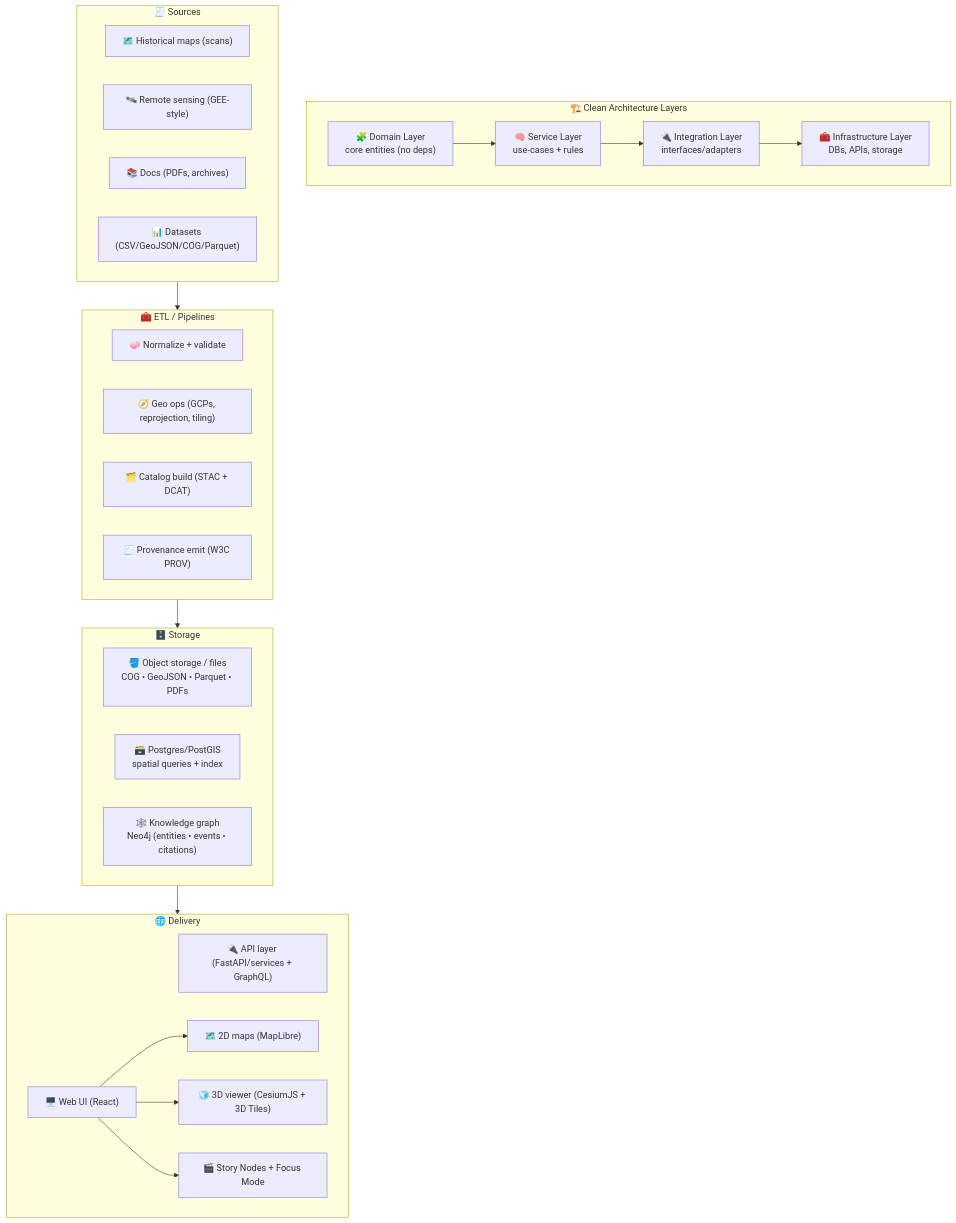
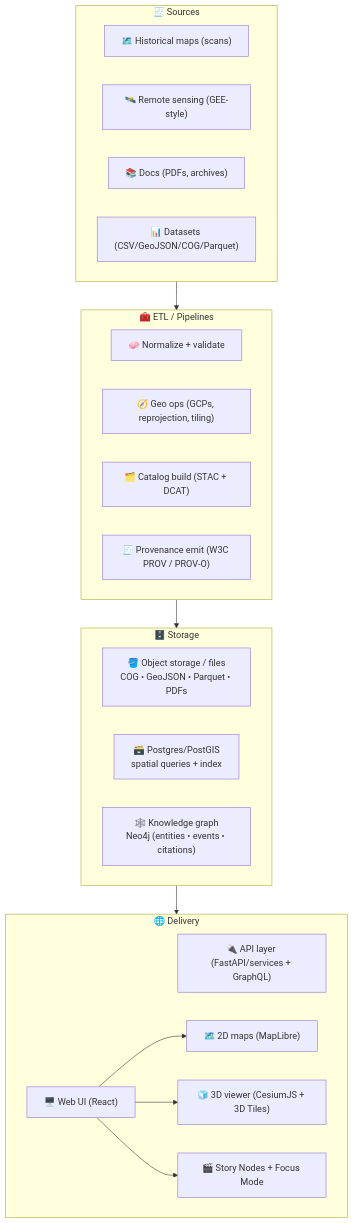
Before and after one commit to bartytime4life/Kansas-Frontier-Matrix: the fourth of 5 diagrams in README.md, drawn with Mermaid. The commit also changed other lines of this file, not shown here.

````diff
--- a/README.md
+++ b/README.md
@@ -183,43 +253,35 @@
 ```mermaid
 flowchart TB
-  subgraph Layers["🏗️ Clean Architecture Layers"]
-    DL["🧩 Domain Layer<br/>core entities (no deps)"]
-    SL["🧠 Service Layer<br/>use-cases + rules"]
-    IL["🔌 Integration Layer<br/>interfaces/adapters"]
-    INFL["🧰 Infrastructure Layer<br/>DBs, APIs, storage"]
-    DL --> SL --> IL --> INFL
-  end
-
   subgraph Sources["🧾 Sources"]
     A["🗺️ Historical maps (scans)"]
     B["🛰️ Remote sensing (GEE-style)"]
     C["📚 Docs (PDFs, archives)"]
     D["📊 Datasets (CSV/GeoJSON/COG/Parquet)"]
   end
 
   subgraph Pipelines["🧰 ETL / Pipelines"]
     E["🧼 Normalize + validate"]
     F["🧭 Geo ops (GCPs, reprojection, tiling)"]
     G["🗂️ Catalog build (STAC + DCAT)"]
-    H["🧾 Provenance emit (W3C PROV)"]
+    H["🧾 Provenance emit (W3C PROV / PROV-O)"]
   end
 
   subgraph Storage["🗄️ Storage"]
     I["🪣 Object storage / files<br/>COG • GeoJSON • Parquet • PDFs"]
     J["🗃️ Postgres/PostGIS<br/>spatial queries + index"]
     K["🕸️ Knowledge graph<br/>Neo4j (entities • events • citations)"]
   end
 
   subgraph Delivery["🌐 Delivery"]
     L["🔌 API layer (FastAPI/services + GraphQL)"]
     M["🖥️ Web UI (React)"]
     N["🗺️ 2D maps (MapLibre)"]
     O["🧊 3D viewer (CesiumJS + 3D Tiles)"]
     P["🎬 Story Nodes + Focus Mode"]
   end
 
   Sources --> Pipelines --> Storage --> Delivery
   M --> N
   M --> O
   M --> P
 ```
````
